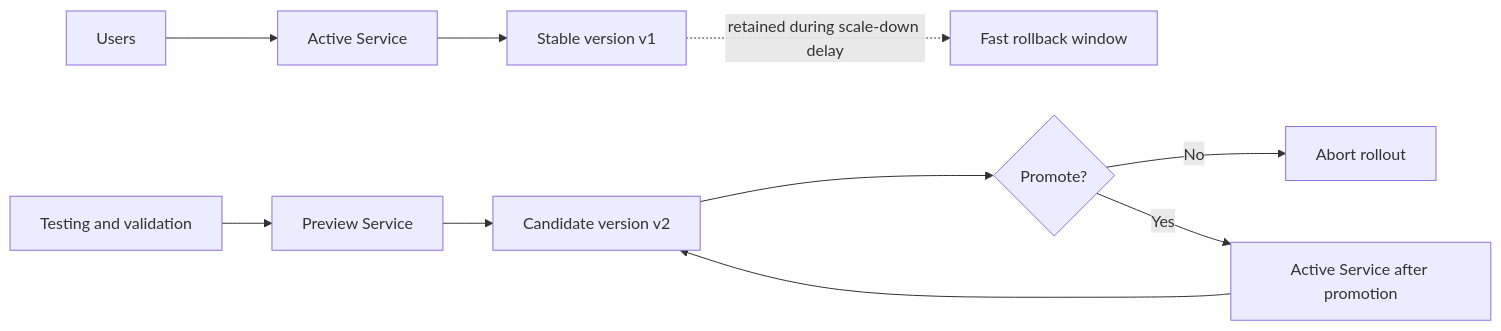
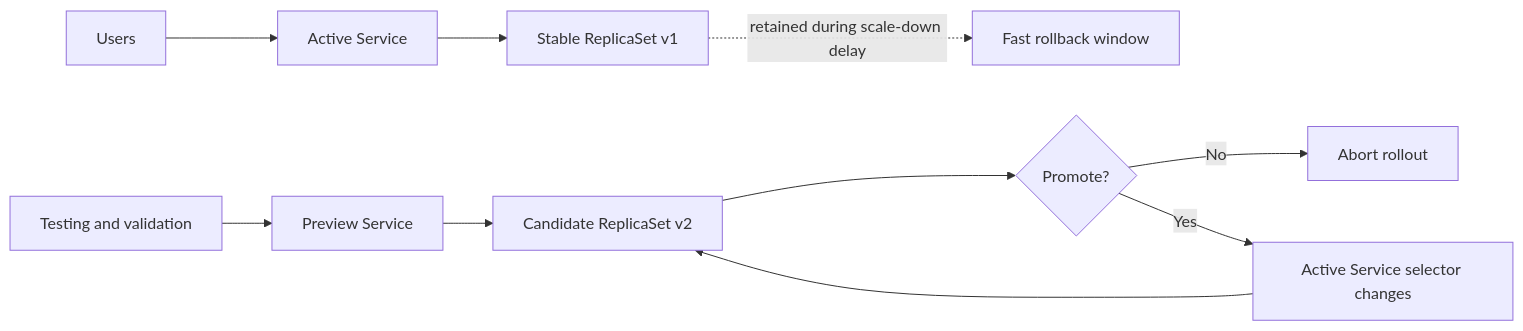
Before and after one commit to mstrugarevic1/docs: the first of 3 diagrams in kubernetes/argo-rollouts.md, drawn with Mermaid. The commit also changed other lines of this file, not shown here.

````diff
--- a/kubernetes/argo-rollouts.md
+++ b/kubernetes/argo-rollouts.md
@@ -91,15 +122,15 @@
 ```mermaid
 flowchart LR
-    Users[Users] --> ActiveBefore[Active Service]
-    ActiveBefore --> Stable[Stable version v1]
+    Users[Users] --> Active[Active Service]
+    Active --> Stable[Stable ReplicaSet v1]
 
     Validation[Testing and validation] --> Preview[Preview Service]
-    Preview --> Candidate[Candidate version v2]
+    Preview --> Candidate[Candidate ReplicaSet v2]
 
     Candidate --> Decision{Promote?}
     Decision -->|No| Abort[Abort rollout]
-    Decision -->|Yes| ActiveAfter[Active Service after promotion]
+    Decision -->|Yes| Switch[Active Service selector changes]
 
-    ActiveAfter --> Candidate
+    Switch --> Candidate
     Stable -. retained during scale-down delay .-> Rollback[Fast rollback window]
 ```
````
